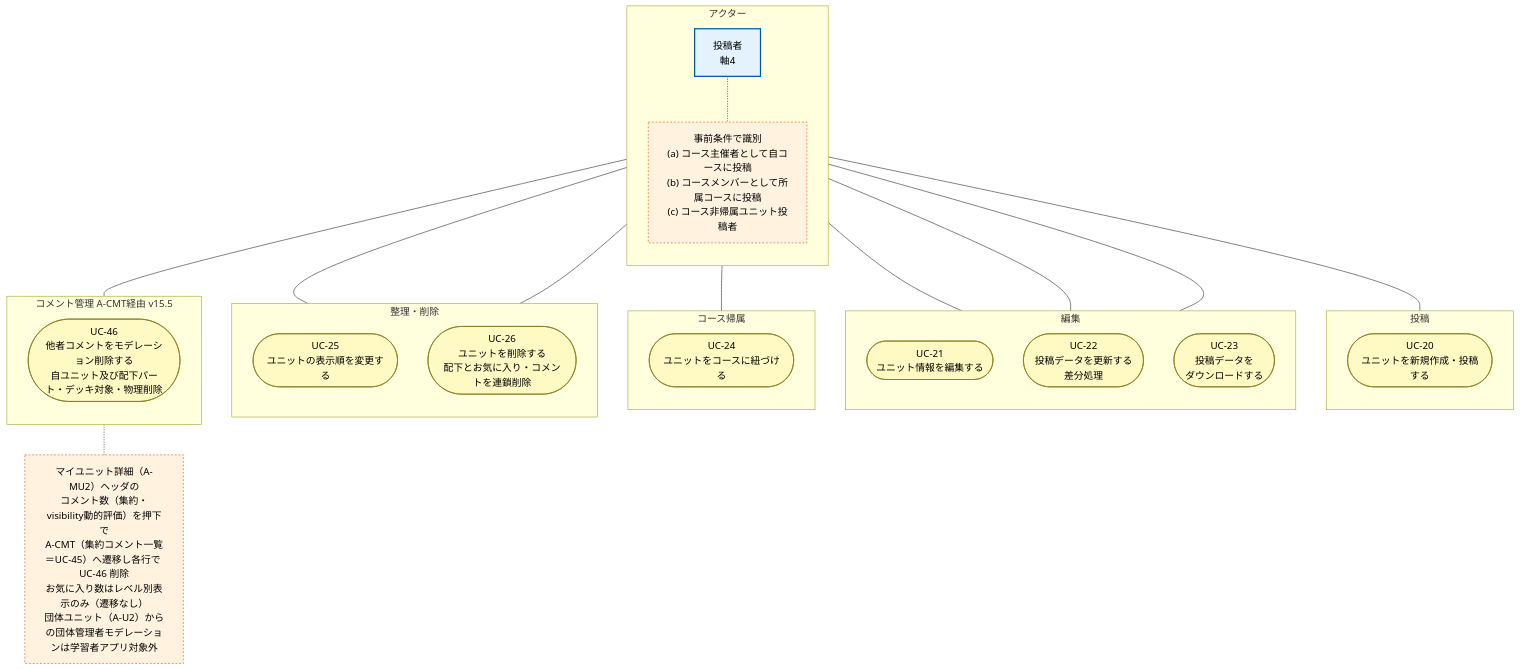
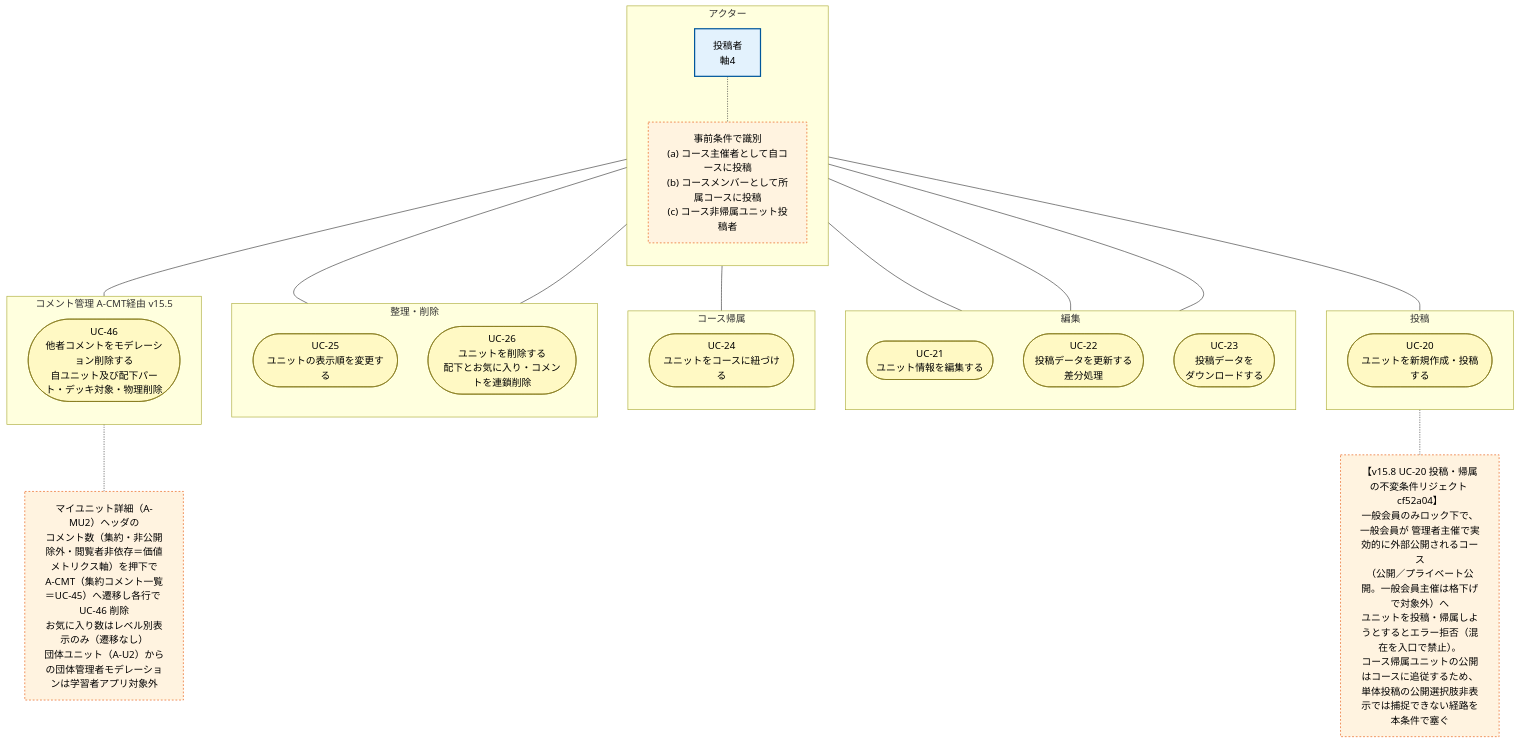
One commit to topicmaker-git/Pages changed the diagram in choi/学習者アプリ_ユースケース図/学習者アプリ_ユースケース図_U6_マイユニット投稿.mmd. Above: the diagram before and after it, drawn with Mermaid. The commit also changed 9 other files, not shown here.

```diff
--- a/choi/学習者アプリ_ユースケース図/学習者アプリ_ユースケース図_U6_マイユニット投稿.mmd
+++ b/choi/学習者アプリ_ユースケース図/学習者アプリ_ユースケース図_U6_マイユニット投稿.mmd
@@ -1,55 +1,58 @@
 flowchart TB
 
 classDef actor fill:#e3f2fd,stroke:#01579b,stroke-width:2px,color:#000
 classDef uc fill:#fff9c4,stroke:#827717,stroke-width:1px,color:#000
 classDef note fill:#fff3e0,stroke:#e65100,stroke-width:1px,stroke-dasharray:3 3,color:#000
 
 subgraph A_Actors["アクター"]
     direction TB
     Poster["投稿者<br/>軸4"]:::actor
     PosterNote["事前条件で識別<br/>(a) コース主催者として自コースに投稿<br/>(b) コースメンバーとして所属コースに投稿<br/>(c) コース非帰属ユニット投稿者"]:::note
     Poster -.- PosterNote
 end
 
 subgraph UC_Post["投稿"]
     direction TB
     UC20(["UC-20<br/>ユニットを新規作成・投稿する"])
 end
 
 subgraph UC_Edit["編集"]
     direction TB
     UC21(["UC-21<br/>ユニット情報を編集する"])
     UC22(["UC-22<br/>投稿データを更新する<br/>差分処理"])
     UC23(["UC-23<br/>投稿データを<br/>ダウンロードする"])
 end
 
 subgraph UC_Course["コース帰属"]
     direction TB
     UC24(["UC-24<br/>ユニットをコースに紐づける"])
 end
 
 subgraph UC_Org["整理・削除"]
     direction TB
     UC25(["UC-25<br/>ユニットの表示順を変更する"])
     UC26(["UC-26<br/>ユニットを削除する<br/>配下とお気に入り・コメントを連鎖削除"])
 end
 
 subgraph UC_CommentMod["コメント管理 A-CMT経由 v15.5"]
     direction TB
     UC46(["UC-46<br/>他者コメントをモデレーション削除する<br/>自ユニット及び配下パート・デッキ対象・物理削除"])
 end
 
-NoteCMT["マイユニット詳細（A-MU2）ヘッダの<br/>コメント数（集約・visibility動的評価）を押下で<br/>A-CMT（集約コメント一覧＝UC-45）へ遷移し各行で UC-46 削除<br/>お気に入り数はレベル別表示のみ（遷移なし）<br/>団体ユニット（A-U2）からの団体管理者モデレーションは学習者アプリ対象外"]:::note
+NoteCMT["マイユニット詳細（A-MU2）ヘッダの<br/>コメント数（集約・非公開除外・閲覧者非依存＝価値メトリクス軸）を押下で<br/>A-CMT（集約コメント一覧＝UC-45）へ遷移し各行で UC-46 削除<br/>お気に入り数はレベル別表示のみ（遷移なし）<br/>団体ユニット（A-U2）からの団体管理者モデレーションは学習者アプリ対象外"]:::note
+
+NoteUC20["【v15.8 UC-20 投稿・帰属の不変条件リジェクト cf52a04】<br/>一般会員のみロック下で、一般会員が 管理者主催で実効的に外部公開されるコース<br/>（公開／プライベート公開。一般会員主催は格下げで対象外）へ<br/>ユニットを投稿・帰属しようとするとエラー拒否（混在を入口で禁止）。<br/>コース帰属ユニットの公開はコースに追従するため、単体投稿の公開選択肢非表示では捕捉できない経路を本条件で塞ぐ"]:::note
 
 Poster --- UC20
 Poster --- UC21
 Poster --- UC22
 Poster --- UC23
 Poster --- UC24
 Poster --- UC25
 Poster --- UC26
 Poster --- UC46
 
 UC46 -.- NoteCMT
+UC20 -.- NoteUC20
 
 class UC20,UC21,UC22,UC23,UC24,UC25,UC26,UC46 uc
```
